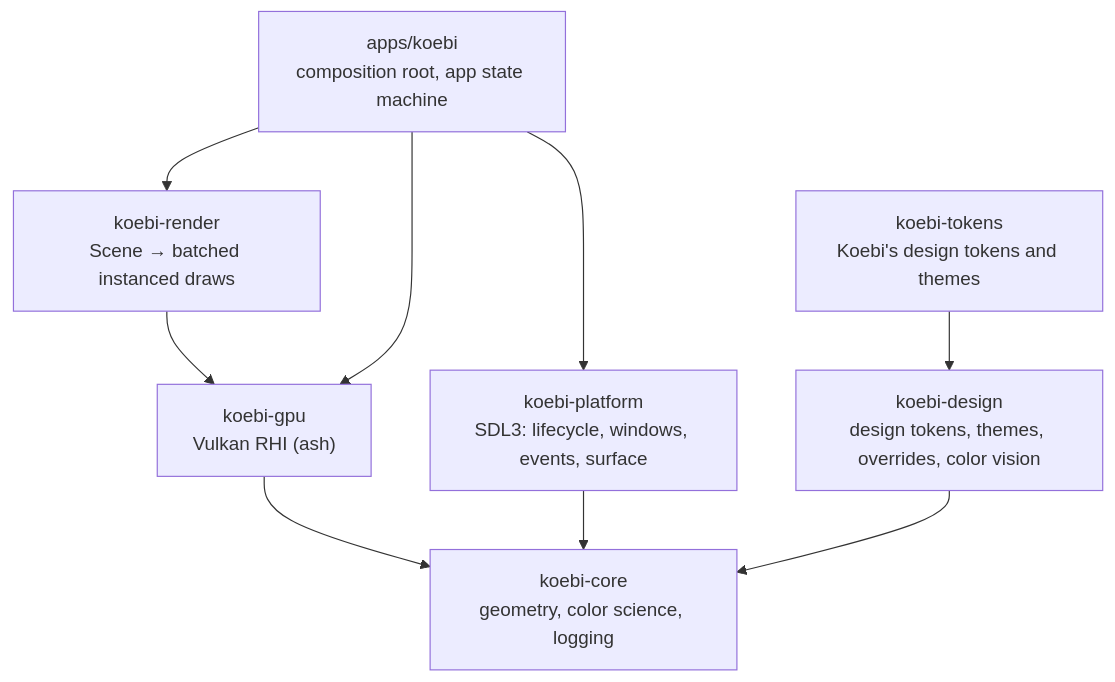
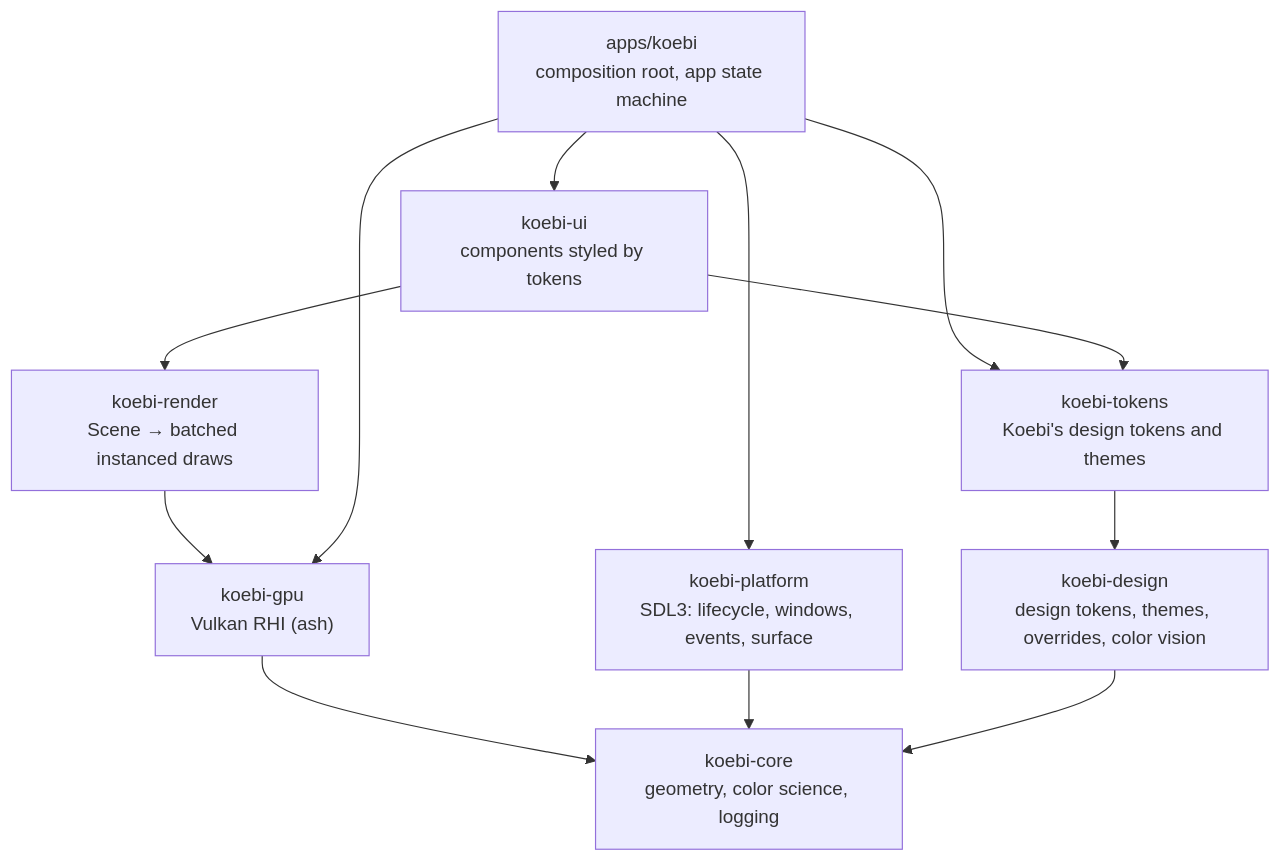
Before and after one commit to Kolosta/Koebi: the first of 2 diagrams in docs/architecture/overview.md, drawn with Mermaid. The commit also changed other lines of this file and 40 other files, not shown here.

Commit message:
feat(ui): draw the first components from design tokens (#56)

````diff
--- a/docs/architecture/overview.md
+++ b/docs/architecture/overview.md
@@ -8,14 +8,16 @@
 ```mermaid
 flowchart TD
     app["apps/koebi<br/>composition root, app state machine"]
+    ui["koebi-ui<br/>components styled by tokens"]
     render["koebi-render<br/>Scene → batched instanced draws"]
     gpu["koebi-gpu<br/>Vulkan RHI (ash)"]
     platform["koebi-platform<br/>SDL3: lifecycle, windows, events, surface"]
     tokens["koebi-tokens<br/>Koebi's design tokens and themes"]
     design["koebi-design<br/>design tokens, themes, overrides, color vision"]
     core["koebi-core<br/>geometry, color science, logging"]
-    app --> render --> gpu --> core
+    app --> ui --> render --> gpu --> core
     app --> platform --> core
     app --> gpu
-    tokens --> design --> core
+    app --> tokens
+    ui --> tokens --> design --> core
 ```
````
